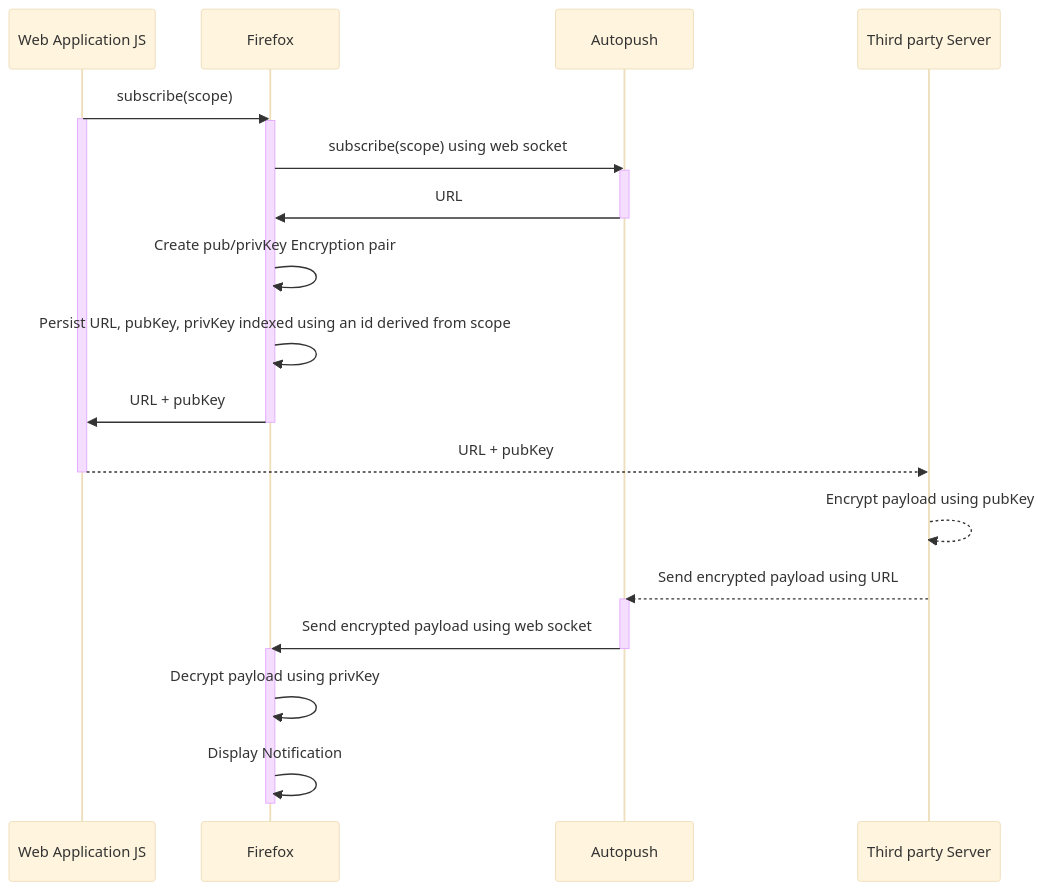
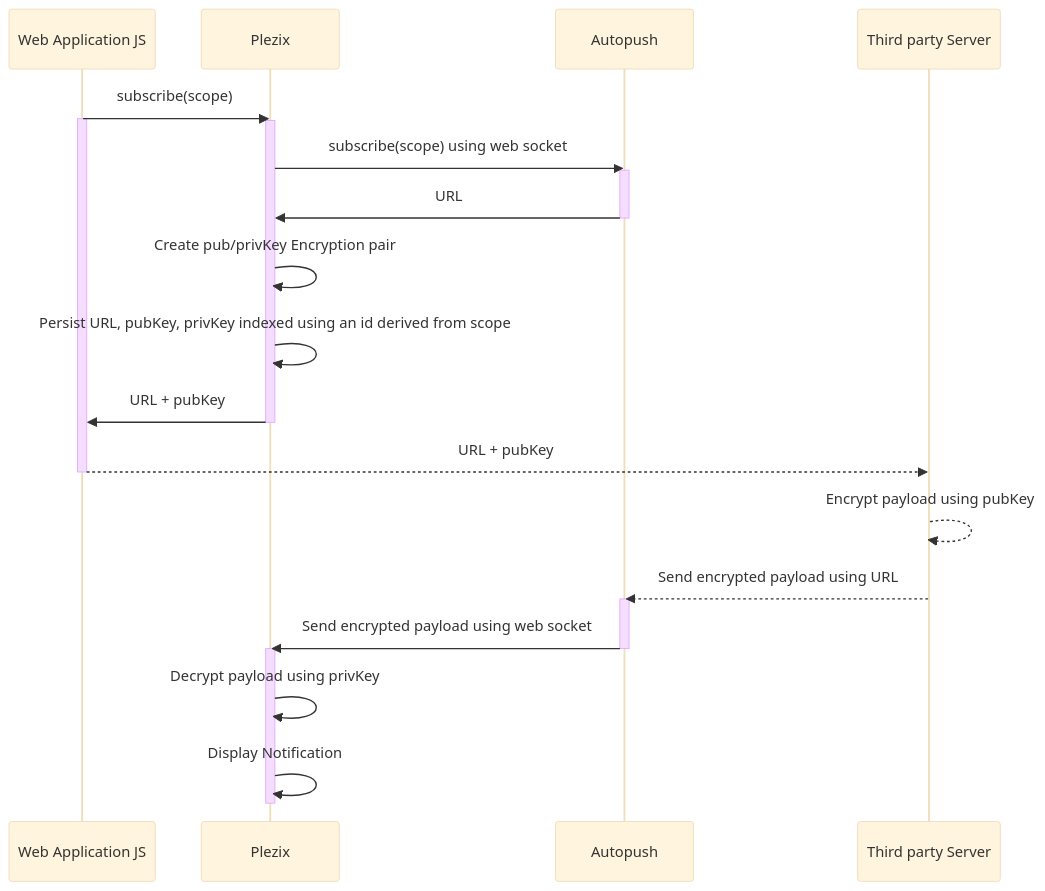
Before and after one commit to yoncola1/Plezix: the first of 5 diagrams in dom/docs/push/index.md, drawn with Mermaid (base theme). The commit also changed other lines of this file and 57780 other files, not shown here.

````diff
--- a/dom/docs/push/index.md
+++ b/dom/docs/push/index.md
@@ -12,29 +12,29 @@
 ```{mermaid}
 sequenceDiagram
 	participant TP as Web Application JS
-	participant F as Firefox
+	participant F as Plezix
 	participant A as Autopush
 	participant TPS as Third party Server
 		TP->>F: subscribe(scope)
 		activate TP
 		activate F
 		F->>A: subscribe(scope) using web socket
 		activate A
 		A->>F: URL
 		deactivate A
 		F->>F: Create pub/privKey Encryption pair
 		F->>F: Persist URL, pubKey, privKey indexed using an id derived from scope
 		F->>TP: URL + pubKey
 		deactivate F
 		TP-->>TPS: URL + pubKey
 		deactivate TP
 		TPS-->>TPS: Encrypt payload using pubKey
 		TPS-->>A: Send encrypted payload using URL
 		activate A
 		A->>F: Send encrypted payload using web socket
 		deactivate A
 		activate F
 		F->>F: Decrypt payload using privKey
 		F->>F: Display Notification
 		deactivate F
 ```
````
